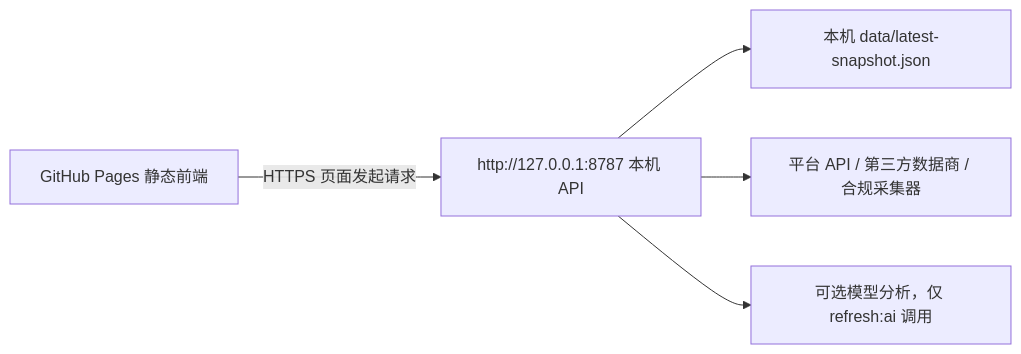
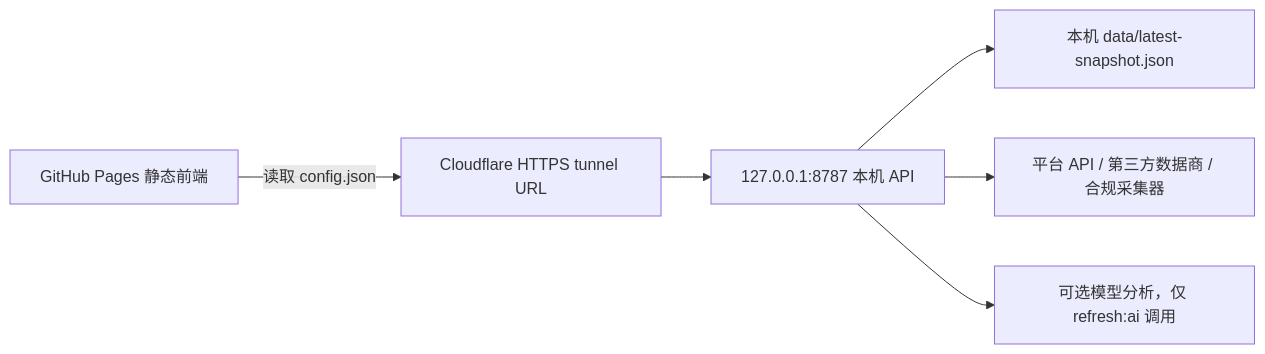
The diagram in docs/deployment.md (HawZZ/overseas-ecommerce-hot-products-monitor), drawn with Mermaid before and after one commit. The commit also changed other lines of this file and 3 other files, not shown here.

````diff
--- a/docs/deployment.md
+++ b/docs/deployment.md
@@ -5,7 +5,8 @@
 ```mermaid
 flowchart LR
-  A["GitHub Pages 静态前端"] -->|"HTTPS 页面发起请求"| B["http://127.0.0.1:8787 本机 API"]
-  B --> C["本机 data/latest-snapshot.json"]
-  B --> D["平台 API / 第三方数据商 / 合规采集器"]
-  B --> E["可选模型分析，仅 refresh:ai 调用"]
+  A["GitHub Pages 静态前端"] -->|"读取 config.json"| B["Cloudflare HTTPS tunnel URL"]
+  B --> C["127.0.0.1:8787 本机 API"]
+  C --> D["本机 data/latest-snapshot.json"]
+  C --> E["平台 API / 第三方数据商 / 合规采集器"]
+  C --> F["可选模型分析，仅 refresh:ai 调用"]
 ```
````
